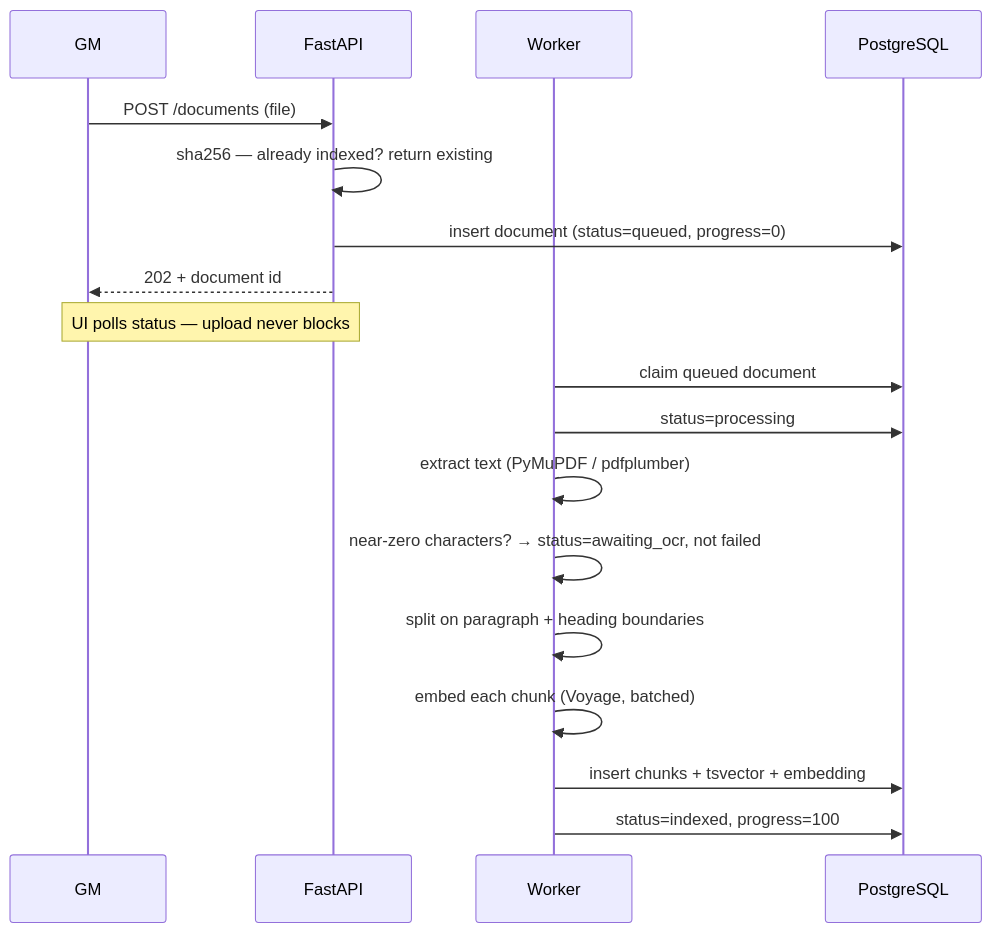
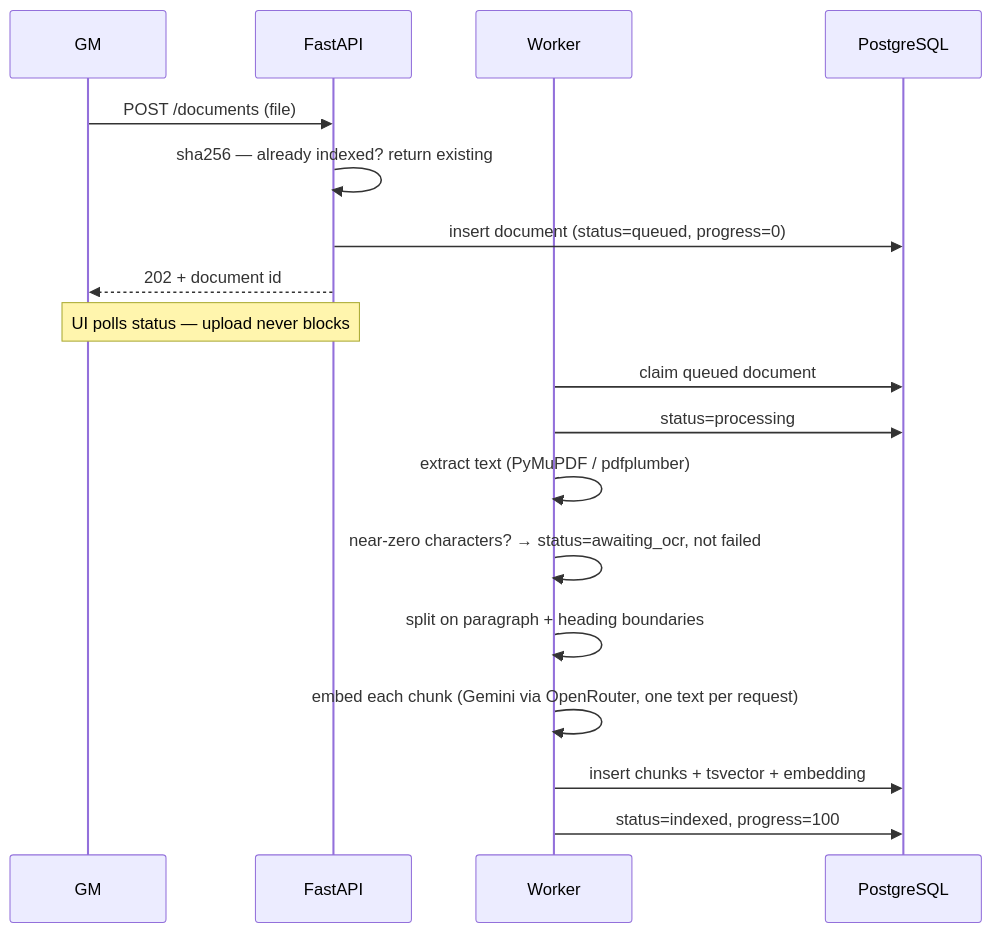
The second of 4 diagrams in docs/architecture.md (PiotrMieszczak/Quillbert), drawn with Mermaid before and after one commit. The commit also changed other lines of this file and 24 other files, not shown here.

First line of the commit message:
feat(llm): embed via OpenRouter with Gemini

````diff
--- a/docs/architecture.md
+++ b/docs/architecture.md
@@ -119,22 +119,22 @@
 ```mermaid
 sequenceDiagram
     participant U as GM
     participant API as FastAPI
     participant W as Worker
     participant DB as PostgreSQL
 
     U->>API: POST /documents (file)
     API->>API: sha256 — already indexed? return existing
     API->>DB: insert document (status=queued, progress=0)
     API-->>U: 202 + document id
     Note over U,API: UI polls status — upload never blocks
 
     W->>DB: claim queued document
     W->>DB: status=processing
     W->>W: extract text (PyMuPDF / pdfplumber)
     W->>W: near-zero characters? → status=awaiting_ocr, not failed
     W->>W: split on paragraph + heading boundaries
-    W->>W: embed each chunk (Voyage, batched)
+    W->>W: embed each chunk (Gemini via OpenRouter, one text per request)
     W->>DB: insert chunks + tsvector + embedding
     W->>DB: status=indexed, progress=100
 ```
````
